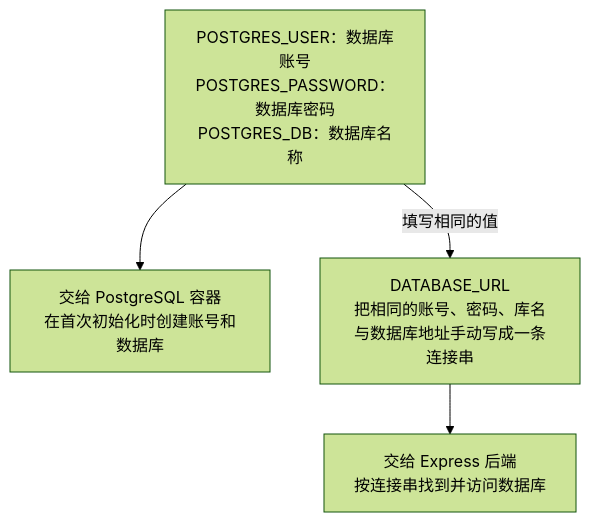
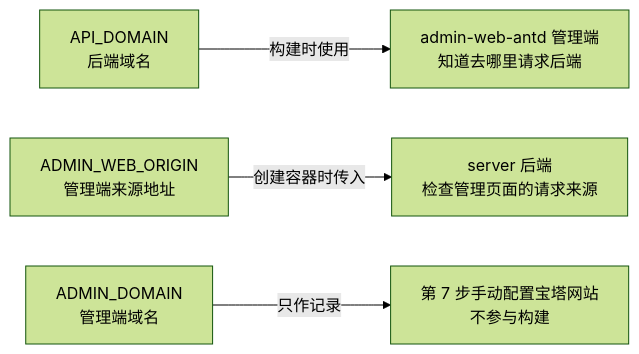
The sixth of 10 diagrams in backend/backend-system-learning/20A-用宝塔和Docker-Compose部署MiniCMS.md (jiajianhui/learning-notes), drawn with Mermaid (forest theme) before and after one commit. The commit also changed other lines of this file, not shown here.

````diff
--- a/backend/backend-system-learning/20A-用宝塔和Docker-Compose部署MiniCMS.md
+++ b/backend/backend-system-learning/20A-用宝塔和Docker-Compose部署MiniCMS.md
@@ -530,10 +527,6 @@
 ```mermaid
-flowchart TD
-    P["POSTGRES_USER：数据库账号<br/>POSTGRES_PASSWORD：数据库密码<br/>POSTGRES_DB：数据库名称"]
-    D["交给 PostgreSQL 容器<br/>在首次初始化时创建账号和数据库"]
-    U["DATABASE_URL<br/>把相同的账号、密码、库名<br/>与数据库地址手动写成一条连接串"]
-    A["交给 Express 后端<br/>按连接串找到并访问数据库"]
-    P --> D
-    P -->|填写相同的值| U
-    U --> A
+flowchart LR
+    A["API_DOMAIN<br/>后端域名"] -->|构建时使用| W["admin-web-antd 管理端<br/>知道去哪里请求后端"]
+    O["ADMIN_WEB_ORIGIN<br/>管理端来源地址"] -->|创建容器时传入| S["server 后端<br/>检查管理页面的请求来源"]
+    M["ADMIN_DOMAIN<br/>管理端域名"] -->|只作记录| N["第 7 步手动配置宝塔网站<br/>不参与构建"]
 ```
````
